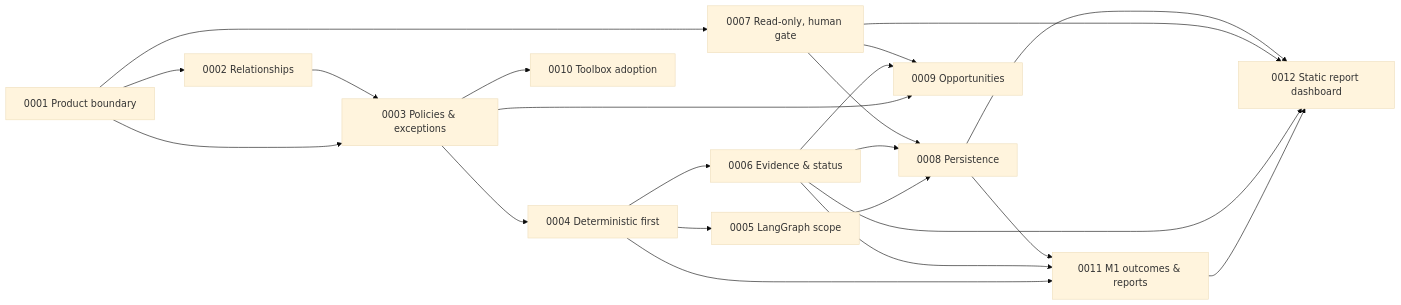
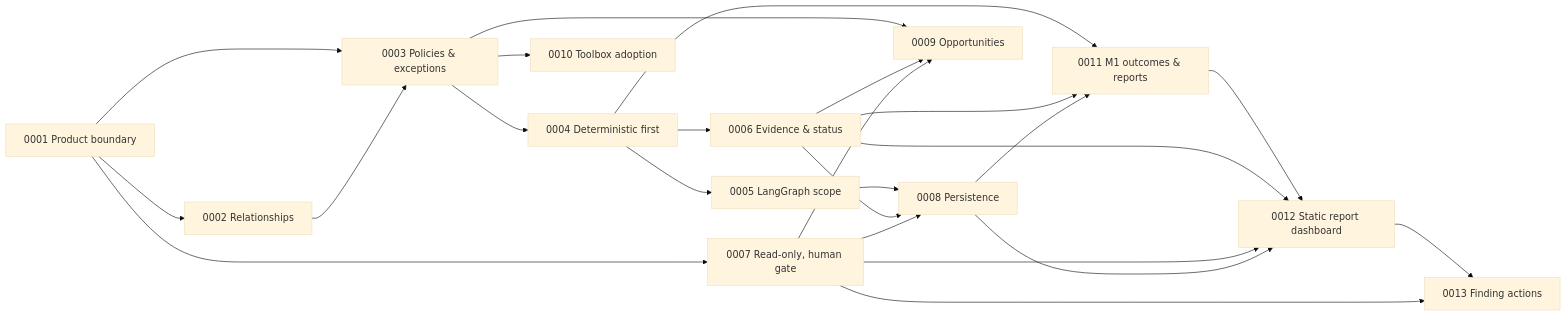
One commit to koydas/repo-orchestrator changed the diagram in docs/adr/README.md. Above: the diagram before and after it, drawn with Mermaid (base theme). The commit also changed other lines of this file and 5 other files, not shown here.

````diff
--- a/docs/adr/README.md
+++ b/docs/adr/README.md
@@ -26,24 +27,26 @@
 ```mermaid
 flowchart LR
     A1["0001 Product boundary"] --> A2["0002 Relationships"]
     A1 --> A3["0003 Policies & exceptions"]
     A2 --> A3
     A3 --> A4["0004 Deterministic first"]
     A4 --> A5["0005 LangGraph scope"]
     A4 --> A6["0006 Evidence & status"]
     A1 --> A7["0007 Read-only, human gate"]
     A5 --> A8["0008 Persistence"]
     A6 --> A8
     A7 --> A8
     A3 --> A9["0009 Opportunities"]
     A6 --> A9
     A7 --> A9
     A3 --> A10["0010 Toolbox adoption"]
     A4 --> A11["0011 M1 outcomes & reports"]
     A6 --> A11
     A8 --> A11
     A11 --> A12["0012 Static report dashboard"]
     A6 --> A12
     A7 --> A12
     A8 --> A12
+    A12 --> A13["0013 Finding actions"]
+    A7 --> A13
 ```
````
